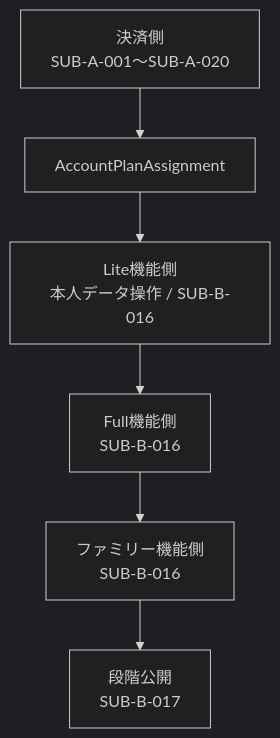
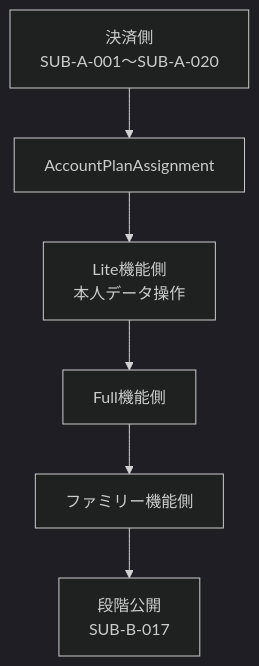
One commit to kkyosuke/me-builder changed the third of 3 diagrams in docs/development/subscription-remaining-tasks.md. Above: the diagram before and after it, drawn with Mermaid (dark theme). The commit also changed other lines of this file and 4 other files, not shown here.

````diff
--- a/docs/development/subscription-remaining-tasks.md
+++ b/docs/development/subscription-remaining-tasks.md
@@ -99,8 +99,8 @@
 ```mermaid
 flowchart TD
     A[決済側<br/>SUB-A-001〜SUB-A-020] --> I[AccountPlanAssignment]
-    I --> L[Lite機能側<br/>本人データ操作 / SUB-B-016]
-    L --> U[Full機能側<br/>SUB-B-016]
-    U --> F[ファミリー機能側<br/>SUB-B-016]
+    I --> L[Lite機能側<br/>本人データ操作]
+    L --> U[Full機能側]
+    U --> F[ファミリー機能側]
     F --> R[段階公開<br/>SUB-B-017]
 ```
````
